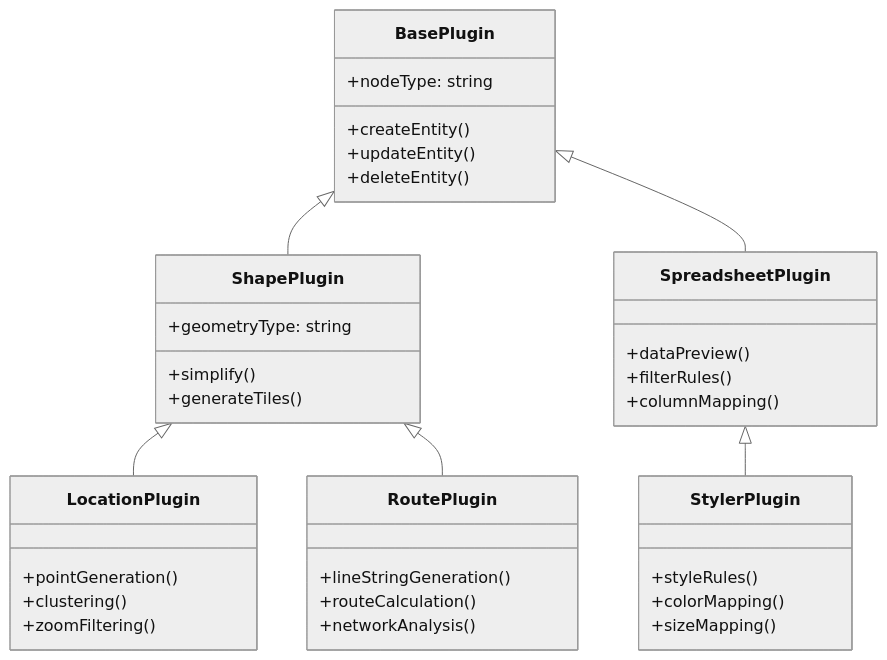
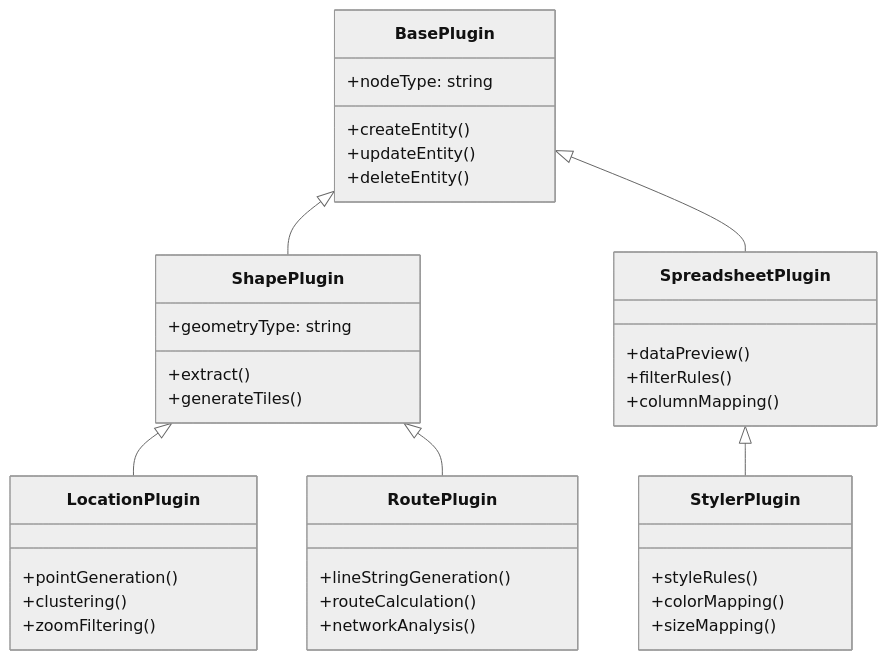
The second of 10 diagrams in docs/USER_MANUAL_COMPREHENSIVE/02_ADVANCED_USER_GUIDE.md (kubohiroya/hierarchidb), drawn with Mermaid (neutral theme) before and after one commit. The commit also changed other lines of this file and 185 other files, not shown here.

````diff
--- a/docs/USER_MANUAL_COMPREHENSIVE/02_ADVANCED_USER_GUIDE.md
+++ b/docs/USER_MANUAL_COMPREHENSIVE/02_ADVANCED_USER_GUIDE.md
@@ -56,45 +56,45 @@
 ```mermaid
 classDiagram
     class BasePlugin {
         +nodeType: string
         +createEntity()
         +updateEntity()
         +deleteEntity()
     }
     
     class ShapePlugin {
         +geometryType: string
-        +simplify()
+        +extract()
         +generateTiles()
     }
     
     class LocationPlugin {
         +pointGeneration()
         +clustering()
         +zoomFiltering()
     }
     
     class RoutePlugin {
         +lineStringGeneration()
         +routeCalculation()
         +networkAnalysis()
     }
     
     class SpreadsheetPlugin {
         +dataPreview()
         +filterRules()
         +columnMapping()
     }
     
     class StylerPlugin {
         +styleRules()
         +colorMapping()
         +sizeMapping()
     }
     
     BasePlugin <|-- ShapePlugin
     ShapePlugin <|-- LocationPlugin
     ShapePlugin <|-- RoutePlugin
     BasePlugin <|-- SpreadsheetPlugin
     SpreadsheetPlugin <|-- StylerPlugin
 ```
````
